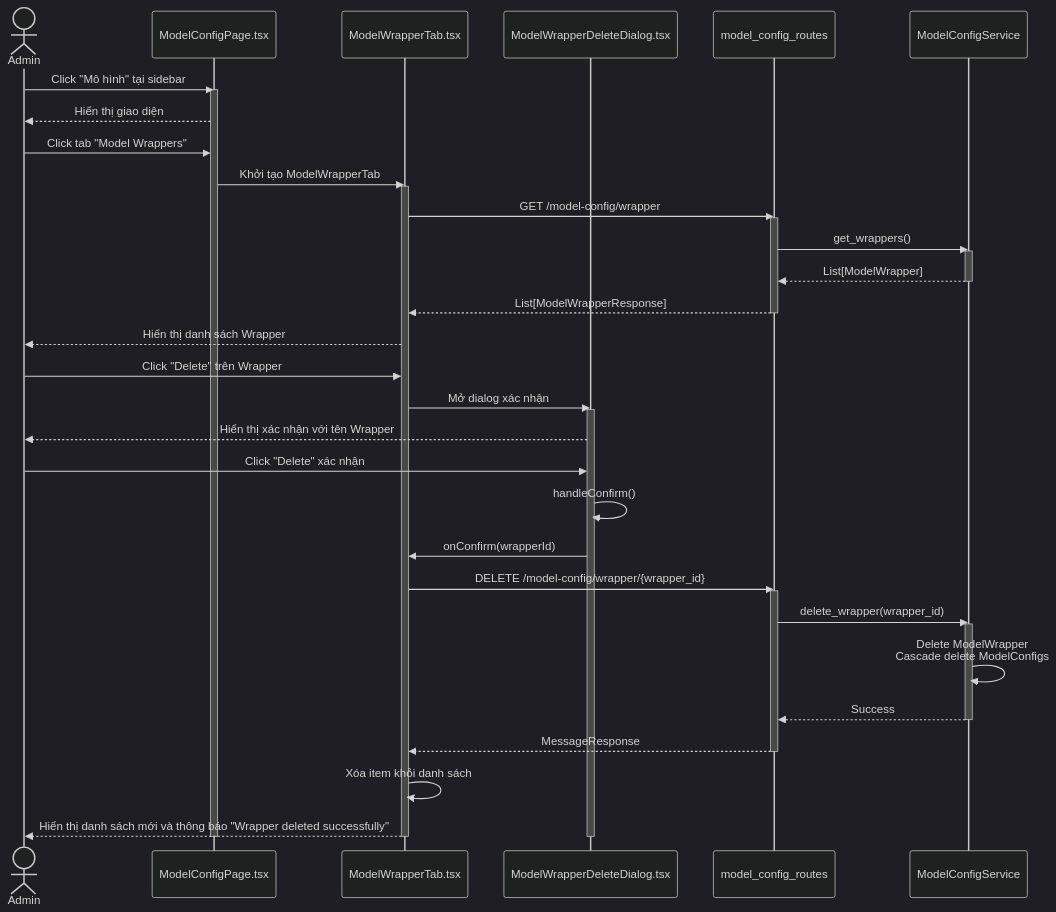
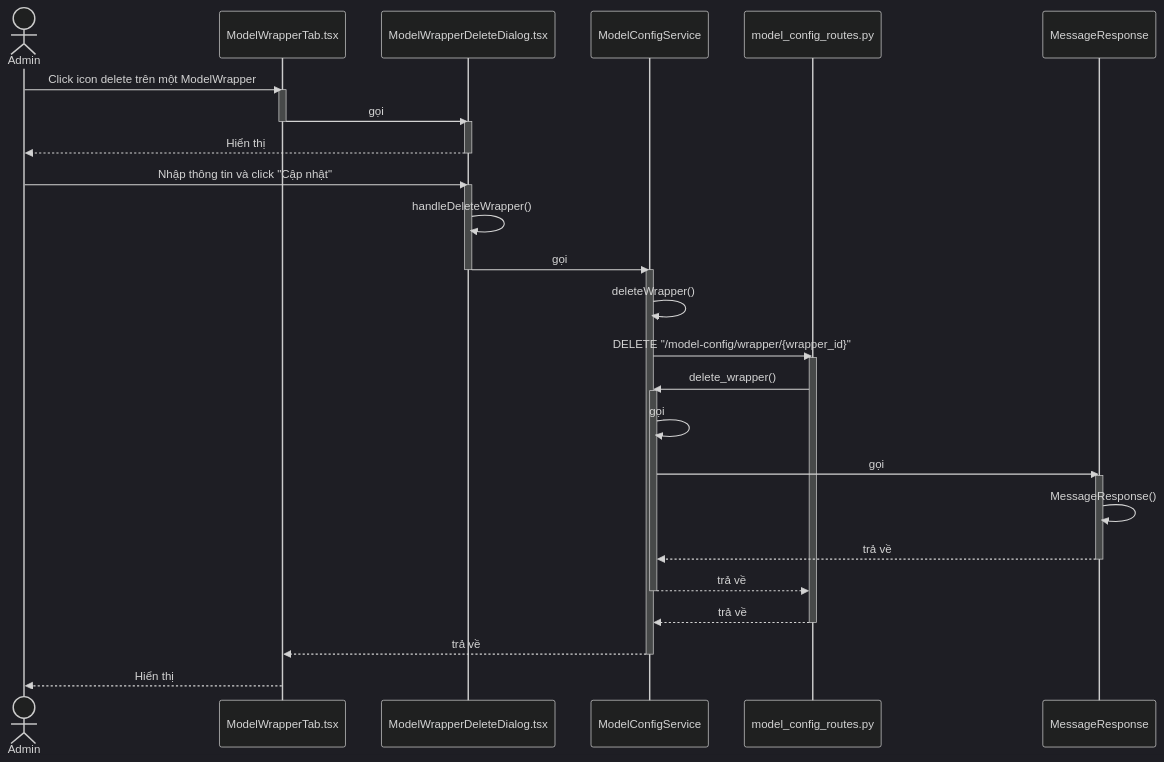
The ninth of 9 diagrams in model_config/4_model_config_seq.md (mduc-2610/gp_doc), drawn with Mermaid (dark theme) before and after one commit. The commit also changed other lines of this file and 34 other files, not shown here.

````diff
--- a/model_config/4_model_config_seq.md
+++ b/model_config/4_model_config_seq.md
@@ -552,56 +528,53 @@
 ```mermaid
 sequenceDiagram
     actor Admin
-    participant ModelConfigPage as ModelConfigPage.tsx
     participant ModelWrapperTab as ModelWrapperTab.tsx
     participant ModelWrapperDeleteDialog as ModelWrapperDeleteDialog.tsx
-    participant ModelConfigRoutes as model_config_routes
     participant ModelConfigService as ModelConfigService
+    participant ModelConfigRoutes as model_config_routes.py
+    participant ModelConfigService as ModelConfigService
+    participant MessageResponse as MessageResponse
 
-    Admin->>ModelConfigPage: Click "Mô hình" tại sidebar
-    activate ModelConfigPage
-    ModelConfigPage-->>Admin: Hiển thị giao diện
-    
-    Admin->>ModelConfigPage: Click tab "Model Wrappers"
-    ModelConfigPage->>ModelWrapperTab: Khởi tạo ModelWrapperTab
+    Admin->>ModelWrapperTab: Click icon delete trên một ModelWrapper
     activate ModelWrapperTab
     
-    ModelWrapperTab->>ModelConfigRoutes: GET /model-config/wrapper
+    ModelWrapperTab->>ModelWrapperDeleteDialog: gọi
+    deactivate ModelWrapperTab
+    activate ModelWrapperDeleteDialog
+    ModelWrapperDeleteDialog-->>Admin: Hiển thị
+    deactivate ModelWrapperDeleteDialog
+    
+    Admin->>ModelWrapperDeleteDialog: Nhập thông tin và click "Cập nhật"
+    activate ModelWrapperDeleteDialog
+    
+    ModelWrapperDeleteDialog->>ModelWrapperDeleteDialog: handleDeleteWrapper()
+    ModelWrapperDeleteDialog->>ModelConfigService: gọi
+    deactivate ModelWrapperDeleteDialog
+    activate ModelConfigService
+    
+    ModelConfigService->>ModelConfigService: deleteWrapper()
+    ModelConfigService->>ModelConfigRoutes: DELETE "/model-config/wrapper/{wrapper_id}"
     activate ModelConfigRoutes
-    ModelConfigRoutes->>ModelConfigService: get_wrappers()
+    
+    ModelConfigRoutes->>ModelConfigService: delete_wrapper()
     activate ModelConfigService
-    ModelConfigService-->>ModelConfigRoutes: List[ModelWrapper]
+    
+    ModelConfigService->>ModelConfigService: gọi
+    ModelConfigService->>MessageResponse: gọi
+    activate MessageResponse
+    
+    MessageResponse->>MessageResponse: MessageResponse()
+    MessageResponse-->>ModelConfigService: trả về
+    deactivate MessageResponse
+    
+    ModelConfigService-->>ModelConfigRoutes: trả về
     deactivate ModelConfigService
-    ModelConfigRoutes-->>ModelWrapperTab: List[ModelWrapperResponse]
+    
+    ModelConfigRoutes-->>ModelConfigService: trả về
     deactivate ModelConfigRoutes
     
-    ModelWrapperTab-->>Admin: Hiển thị danh sách Wrapper
+    ModelConfigService-->>ModelWrapperTab: trả về
+    deactivate ModelConfigService
     
-    Admin->>ModelWrapperTab: Click "Delete" trên Wrapper
-    ModelWrapperTab->>ModelWrapperDeleteDialog: Mở dialog xác nhận
-    activate ModelWrapperDeleteDialog
-    ModelWrapperDeleteDialog-->>Admin: Hiển thị xác nhận với tên Wrapper
-    
-    Admin->>ModelWrapperDeleteDialog: Click "Delete" xác nhận
-    ModelWrapperDeleteDialog->>ModelWrapperDeleteDialog: handleConfirm()
-    ModelWrapperDeleteDialog->>ModelWrapperTab: onConfirm(wrapperId)
-    
-    ModelWrapperTab->>ModelConfigRoutes: DELETE /model-config/wrapper/{wrapper_id}
-    activate ModelConfigRoutes
-    ModelConfigRoutes->>ModelConfigService: delete_wrapper(wrapper_id)
-    activate ModelConfigService
-    
-    ModelConfigService->>ModelConfigService: Delete ModelWrapper<br/>Cascade delete ModelConfigs
-    
-    ModelConfigService-->>ModelConfigRoutes: Success
-    deactivate ModelConfigService
-    ModelConfigRoutes-->>ModelWrapperTab: MessageResponse
-    deactivate ModelConfigRoutes
-    
-    ModelWrapperTab->>ModelWrapperTab: Xóa item khỏi danh sách
-    ModelWrapperTab-->>Admin: Hiển thị danh sách mới và thông báo "Wrapper deleted successfully"
-    
-    deactivate ModelWrapperDeleteDialog
-    deactivate ModelWrapperTab
-    deactivate ModelConfigPage
+    ModelWrapperTab-->>Admin: Hiển thị
 ```
````
